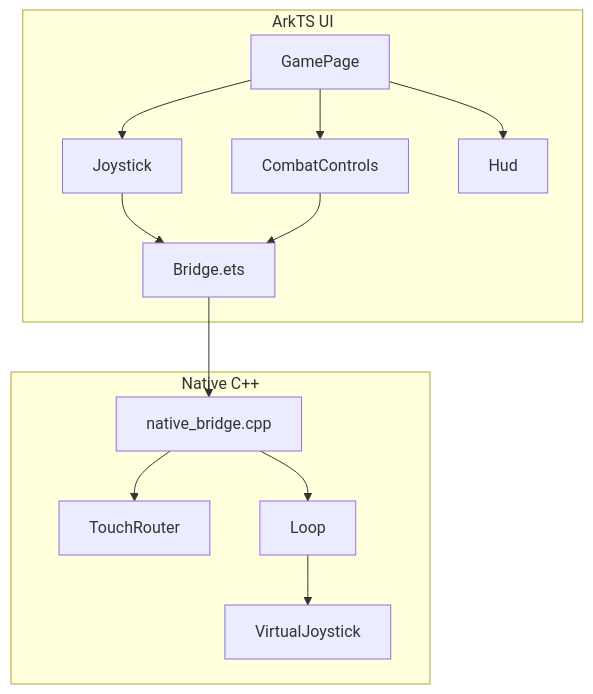
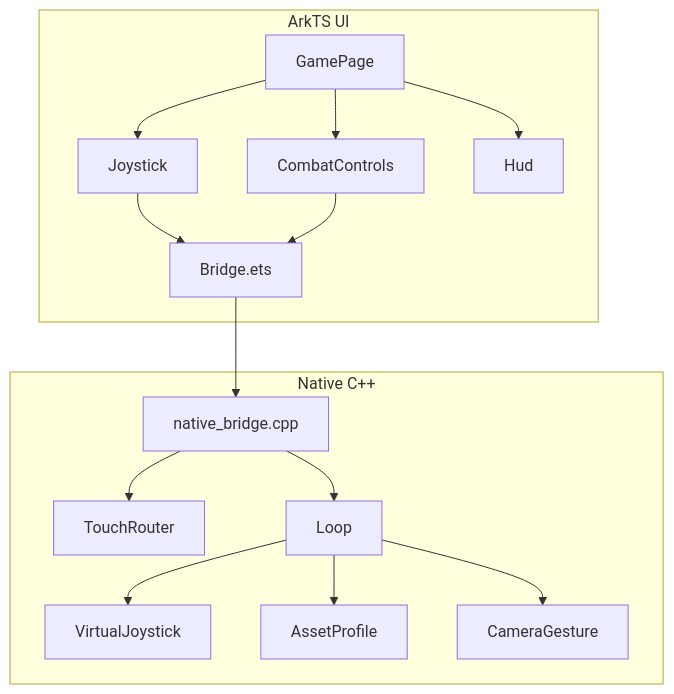
Before and after one commit to sj123sheng/my-world: the first of 7 diagrams in .qoder/repowiki/zh/content/前端界面系统/虚拟摇杆系统.md, drawn with Mermaid. The commit also changed other lines of this file and 160 other files, not shown here.

````diff
--- a/.qoder/repowiki/zh/content/前端界面系统/虚拟摇杆系统.md
+++ b/.qoder/repowiki/zh/content/前端界面系统/虚拟摇杆系统.md
@@ -49,25 +66,29 @@
 ```mermaid
 graph TB
 subgraph "ArkTS UI"
 GP["GamePage"]
 JC["Joystick"]
 CC["CombatControls"]
 HU["Hud"]
 BR["Bridge.ets"]
 end
 subgraph "Native C++"
 NB["native_bridge.cpp"]
 TR["TouchRouter"]
 VJ["VirtualJoystick"]
 LP["Loop"]
+AP["AssetProfile"]
+CG["CameraGesture"]
 end
 GP --> JC
 GP --> CC
 GP --> HU
 JC --> BR
 CC --> BR
 BR --> NB
 NB --> TR
 NB --> LP
 LP --> VJ
+LP --> AP
+LP --> CG
 ```
````
